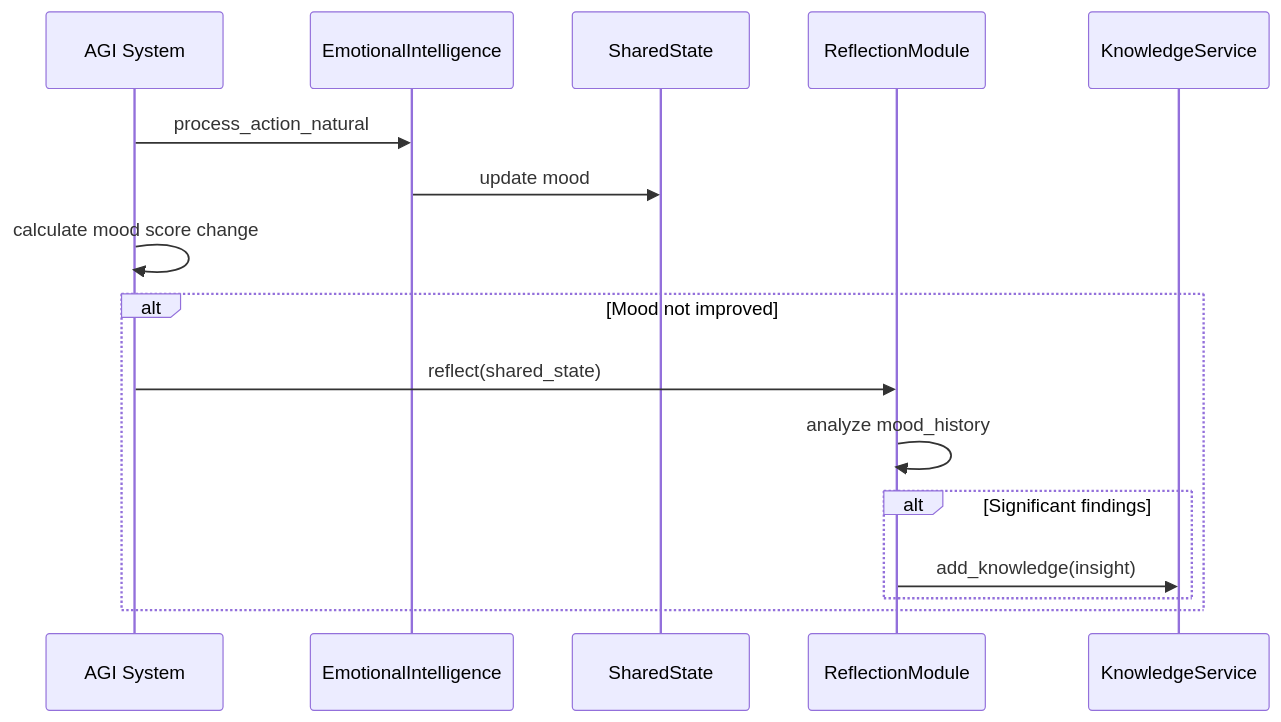
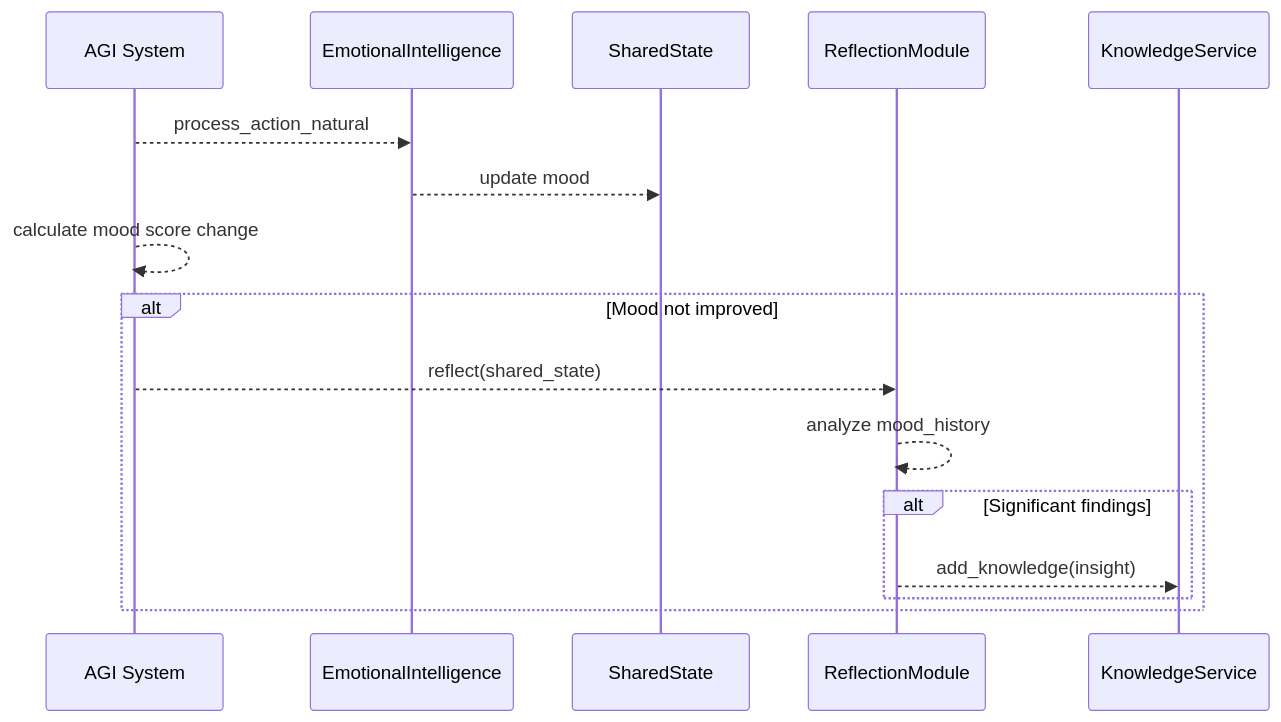
The fourth of 6 diagrams in docs/Architecture & Design/Key Design Patterns/Observer Pattern for State Monitoring.md (Likhithsai2580/RAVANA-WIKI), drawn with Mermaid before and after one commit. The commit also changed other lines of this file and 32 other files, not shown here.

First line of the commit message:
feat(mermaid): enhance Mermaid diagram rendering and debugging support

````diff
--- a/docs/Architecture & Design/Key Design Patterns/Observer Pattern for State Monitoring.md
+++ b/docs/Architecture & Design/Key Design Patterns/Observer Pattern for State Monitoring.md
@@ -200,18 +200,18 @@
 ```mermaid
 sequenceDiagram
 participant System as AGI System
 participant EI as EmotionalIntelligence
 participant State as SharedState
 participant Reflection as ReflectionModule
 participant Knowledge as KnowledgeService
-System->>EI : process_action_natural
-EI->>State : update mood
-System->>System : calculate mood score change
+System-->>EI : process_action_natural
+EI-->>State : update mood
+System-->>System : calculate mood score change
 alt Mood not improved
-System->>Reflection : reflect(shared_state)
-Reflection->>Reflection : analyze mood_history
+System-->>Reflection : reflect(shared_state)
+Reflection-->>Reflection : analyze mood_history
 alt Significant findings
-Reflection->>Knowledge : add_knowledge(insight)
+Reflection-->>Knowledge : add_knowledge(insight)
 end
 end
 ```
````
